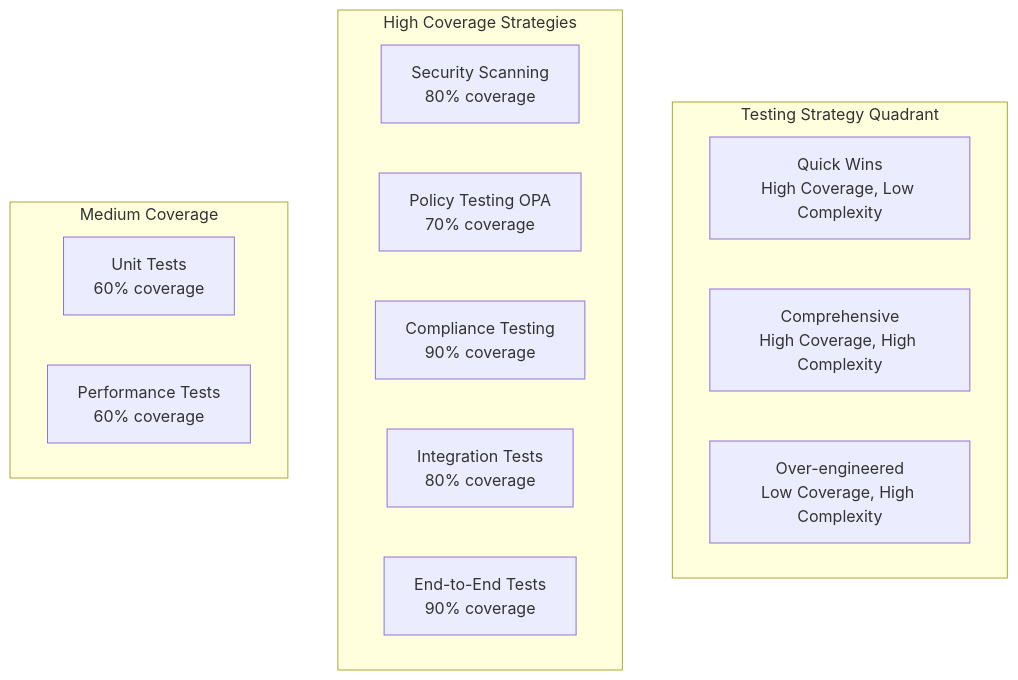
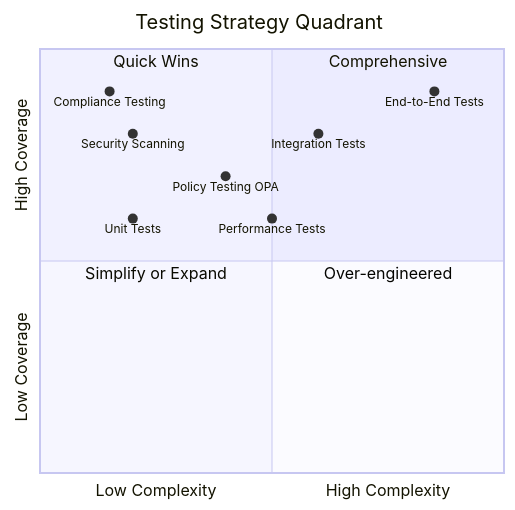
Before and after one commit to Geonitab/architecture_as_code: the diagram in docs/images/diagram_13_testing_quadrant.mmd, drawn with Mermaid. The commit also changed 7 other files, not shown here.

```diff
--- a/docs/images/diagram_13_testing_quadrant.mmd
+++ b/docs/images/diagram_13_testing_quadrant.mmd
@@ -1,20 +1,15 @@
-graph TD
-    subgraph Legend["Testing Strategy Quadrant"]
-        direction LR
-        Q2["Quick Wins<br/>High Coverage, Low Complexity"]:::kv-primary
-        Q1["Comprehensive<br/>High Coverage, High Complexity"]:::kv-outline
-        Q4["Over-engineered<br/>Low Coverage, High Complexity"]:::kv-pattern
-    end
-
-    subgraph HighCoverage["High Coverage Strategies"]
-        SEC["Security Scanning<br/>80% coverage"]:::kv-primary
-        POL["Policy Testing OPA<br/>70% coverage"]:::kv-primary
-        COMP["Compliance Testing<br/>90% coverage"]:::kv-accent
-        INT["Integration Tests<br/>80% coverage"]:::kv-highlight
-        E2E["End-to-End Tests<br/>90% coverage"]:::kv-pattern
-    end
-
-    subgraph MedCoverage["Medium Coverage"]
-        UNIT["Unit Tests<br/>60% coverage"]:::kv-accent
-        PERF["Performance Tests<br/>60% coverage"]:::kv-highlight
-    end
+quadrantChart
+    title Testing Strategy Quadrant
+    x-axis Low Complexity --> High Complexity
+    y-axis Low Coverage --> High Coverage
+    quadrant-1 Comprehensive
+    quadrant-2 Quick Wins
+    quadrant-3 Simplify or Expand
+    quadrant-4 Over-engineered
+    Unit Tests: [0.20, 0.60]
+    Performance Tests: [0.50, 0.60]
+    Security Scanning: [0.20, 0.80]
+    Policy Testing OPA: [0.40, 0.70]
+    Compliance Testing: [0.15, 0.90]
+    Integration Tests: [0.60, 0.80]
+    End-to-End Tests: [0.85, 0.90]
```
